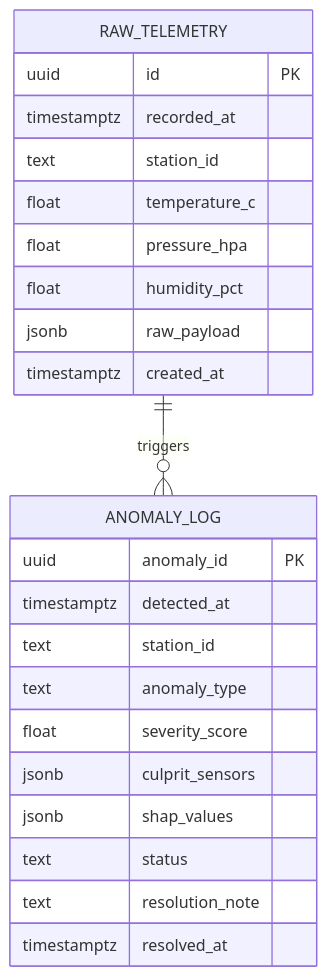
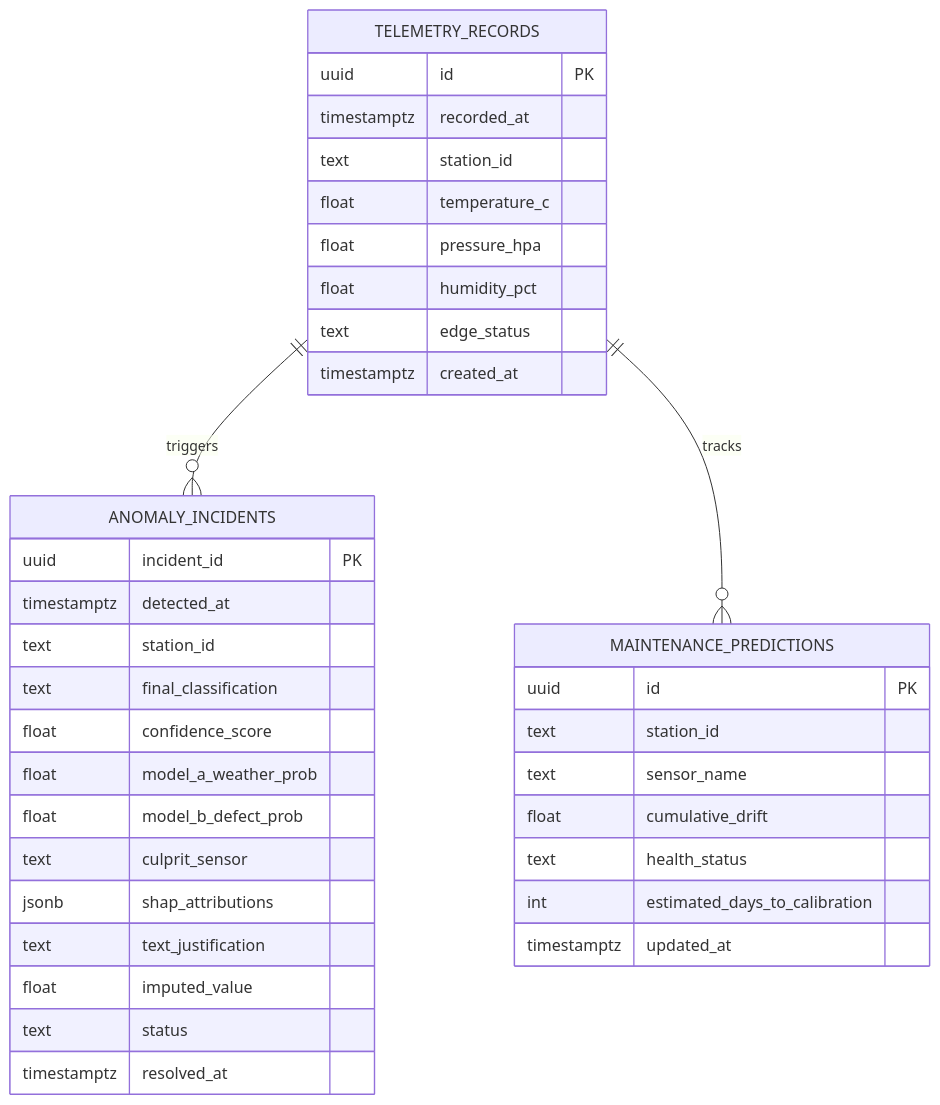
One commit to HST04/SkyGuard_SIH changed the fourth of 4 diagrams in System Architechture.md. Above: the diagram before and after it, drawn with Mermaid. The commit also changed other lines of this file and 5 other files, not shown here.

````diff
--- a/System Architechture.md
+++ b/System Architechture.md
@@ -293,28 +330,42 @@
 ```mermaid
 erDiagram
-    RAW_TELEMETRY {
+    TELEMETRY_RECORDS {
         uuid id PK
         timestamptz recorded_at
         text station_id
         float temperature_c
         float pressure_hpa
         float humidity_pct
-        jsonb raw_payload
+        text edge_status
         timestamptz created_at
     }
 
-    ANOMALY_LOG {
-        uuid anomaly_id PK
+    ANOMALY_INCIDENTS {
+        uuid incident_id PK
         timestamptz detected_at
         text station_id
-        text anomaly_type
-        float severity_score
-        jsonb culprit_sensors
-        jsonb shap_values
+        text final_classification
+        float confidence_score
+        float model_a_weather_prob
+        float model_b_defect_prob
+        text culprit_sensor
+        jsonb shap_attributions
+        text text_justification
+        float imputed_value
         text status
-        text resolution_note
         timestamptz resolved_at
     }
 
-    RAW_TELEMETRY ||--o{ ANOMALY_LOG : triggers
+    MAINTENANCE_PREDICTIONS {
+        uuid id PK
+        text station_id
+        text sensor_name
+        float cumulative_drift
+        text health_status
+        int estimated_days_to_calibration
+        timestamptz updated_at
+    }
+
+    TELEMETRY_RECORDS ||--o{ ANOMALY_INCIDENTS : triggers
+    TELEMETRY_RECORDS ||--o{ MAINTENANCE_PREDICTIONS : tracks
 ```
````
